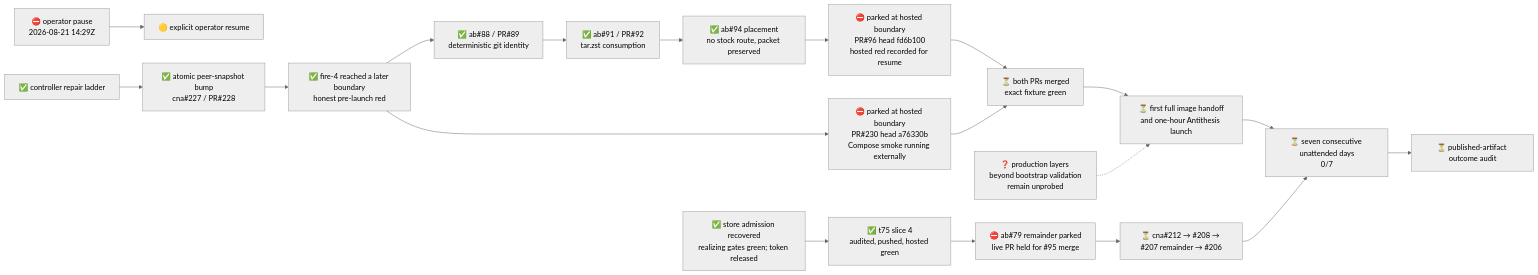
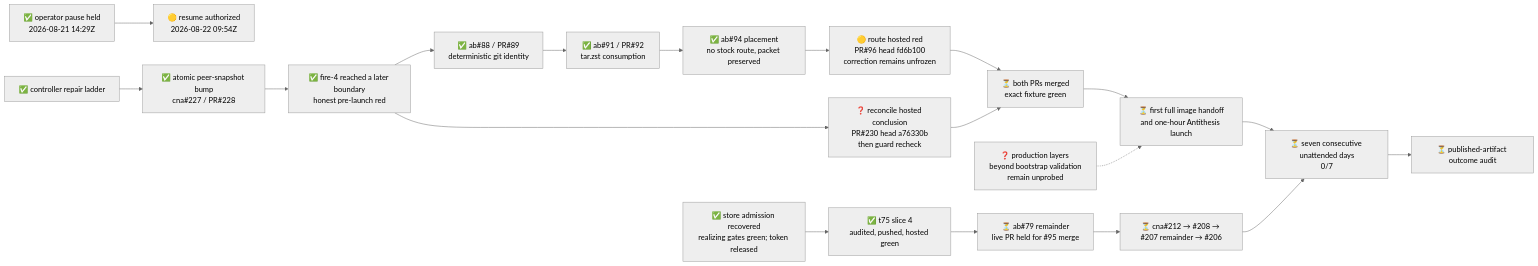
One commit to cardano-foundation/cardano-node-antithesis changed the diagram in .milestones/2/state.md. Above: the diagram before and after it, drawn with Mermaid (neutral theme). The commit also changed other lines of this file and 4 other files, not shown here.

````diff
--- a/.milestones/2/state.md
+++ b/.milestones/2/state.md
@@ -15,17 +13,17 @@
 ```mermaid
 flowchart LR
-    pause["⛔ operator pause<br/>2026-08-21 14:29Z"] --> resume["🟡 explicit operator resume"]
+    pause["✅ operator pause held<br/>2026-08-21 14:29Z"] --> resume["🟡 resume authorized<br/>2026-08-22 09:54Z"]
     ladder["✅ controller repair ladder"] --> atomic["✅ atomic peer-snapshot bump<br/>cna#227 / PR#228"]
     atomic --> fire4["✅ fire-4 reached a later boundary<br/>honest pre-launch red"]
-    fire4 --> observe["⛔ parked at hosted boundary<br/>PR#230 head a76330b<br/>Compose smoke running externally"]
+    fire4 --> observe["❓ reconcile hosted conclusion<br/>PR#230 head a76330b<br/>then guard recheck"]
     fire4 --> gitinfo["✅ ab#88 / PR#89<br/>deterministic git identity"]
     gitinfo --> archives["✅ ab#91 / PR#92<br/>tar.zst consumption"]
     archives --> noroute["✅ ab#94 placement<br/>no stock route, packet preserved"]
-    noroute --> patch95["⛔ parked at hosted boundary<br/>PR#96 head fd6b100<br/>hosted red recorded for resume"] --> fire5["⏳ both PRs merged<br/>exact fixture green"]
+    noroute --> patch95["🟡 route hosted red<br/>PR#96 head fd6b100<br/>correction remains unfrozen"] --> fire5["⏳ both PRs merged<br/>exact fixture green"]
     observe --> fire5
     fire5 --> launch["⏳ first full image handoff<br/>and one-hour Antithesis launch"]
     launch --> streak["⏳ seven consecutive unattended days<br/>0/7"] --> audit["⏳ published-artifact outcome audit"]
     capacity["✅ store admission recovered<br/>realizing gates green; token released"] --> t75["✅ t75 slice 4<br/>audited, pushed, hosted green"]
-    t75 --> handoff79["⛔ ab#79 remainder parked<br/>live PR held for #95 merge"] --> hardening["⏳ cna#212 → #208 → #207 remainder → #206"] --> streak
+    t75 --> handoff79["⏳ ab#79 remainder<br/>live PR held for #95 merge"] --> hardening["⏳ cna#212 → #208 → #207 remainder → #206"] --> streak
     unknown["❓ production layers beyond bootstrap validation<br/>remain unprobed"] -.-> launch
 ```
````
